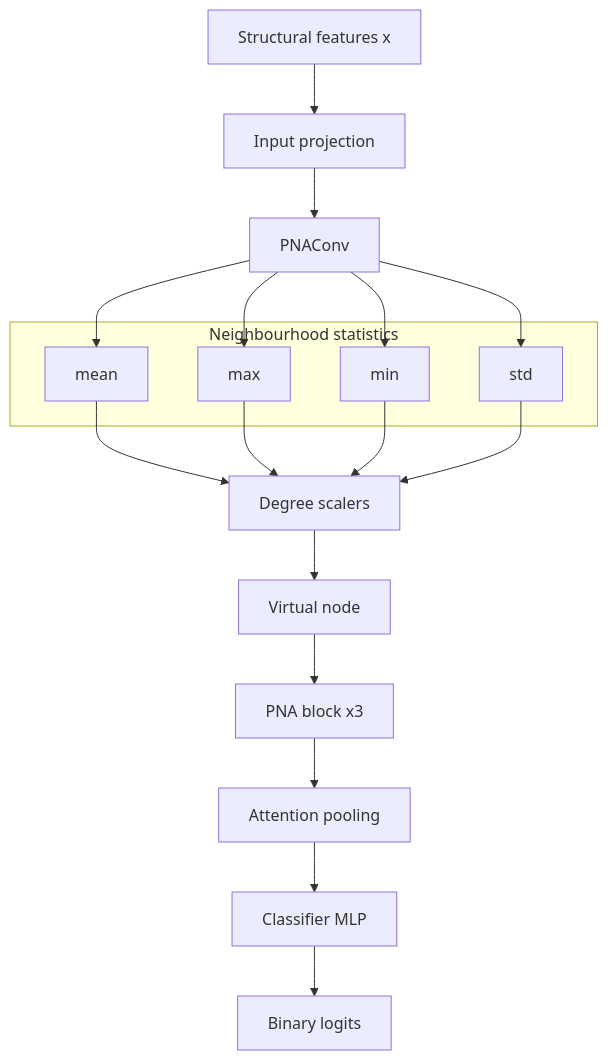
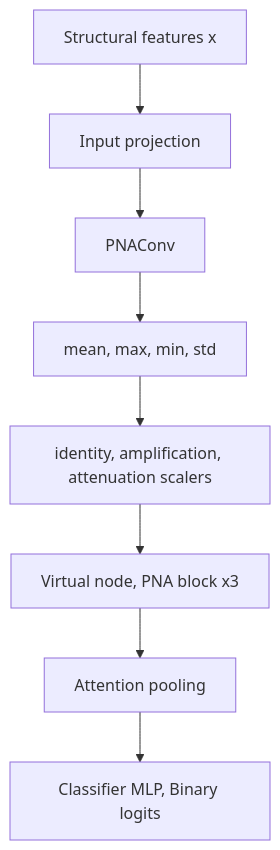
The second of 3 diagrams in README.md (pymlex/threads-gnn), drawn with Mermaid before and after one commit. The commit also changed other lines of this file, not shown here.

Commit message:
Compact mermaid encoder diagrams by merging linear node chains.

````diff
--- a/README.md
+++ b/README.md
@@ -283,24 +279,10 @@
 ```mermaid
 flowchart TB
     X["Structural features x"] --> Proj["Input projection"]
     Proj --> PNA["PNAConv"]
-    subgraph Agg["Neighbourhood statistics"]
-        M["mean"]
-        MX["max"]
-        MN["min"]
-        SD["std"]
-    end
-    PNA --> M
-    PNA --> MX
-    PNA --> MN
-    PNA --> SD
-    M --> Sc["Degree scalers"]
-    MX --> Sc
-    MN --> Sc
-    SD --> Sc
-    Sc --> VN["Virtual node"]
-    VN --> PNA2["PNA block x3"]
-    PNA2 --> Pool["Attention pooling"]
-    Pool --> Head["Classifier MLP"]
-    Head --> Out["Binary logits"]
+    PNA --> Stats["mean, max, min, std"]
+    Stats --> Sc["identity, amplification, attenuation scalers"]
+    Sc --> Enc["Virtual node, PNA block x3"]
+    Enc --> Pool["Attention pooling"]
+    Pool --> Out["Classifier MLP, Binary logits"]
 ```
````
